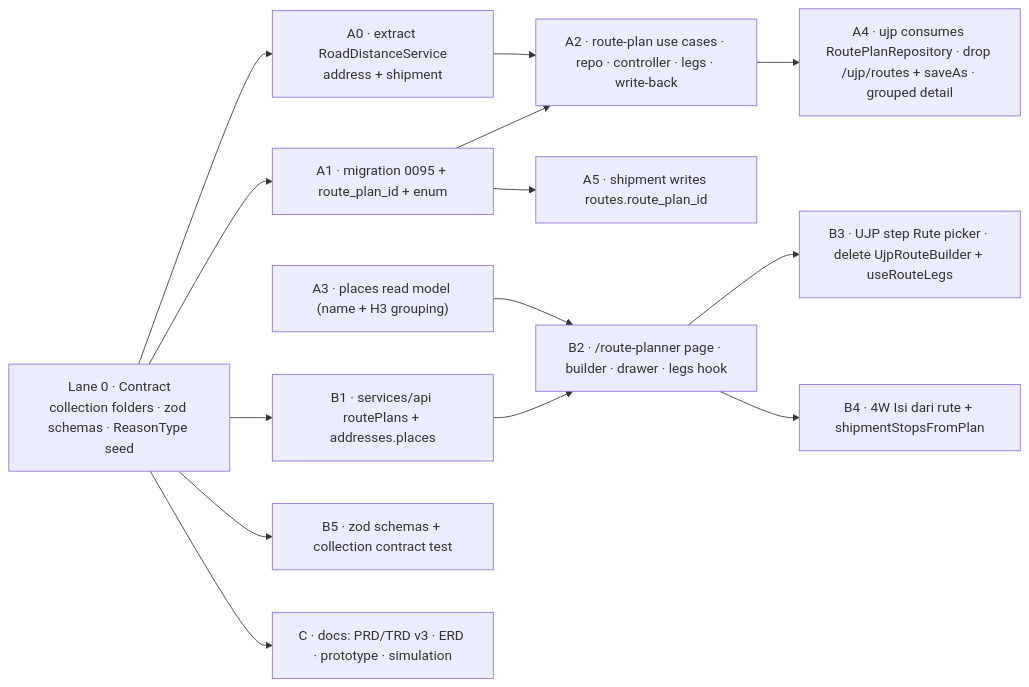
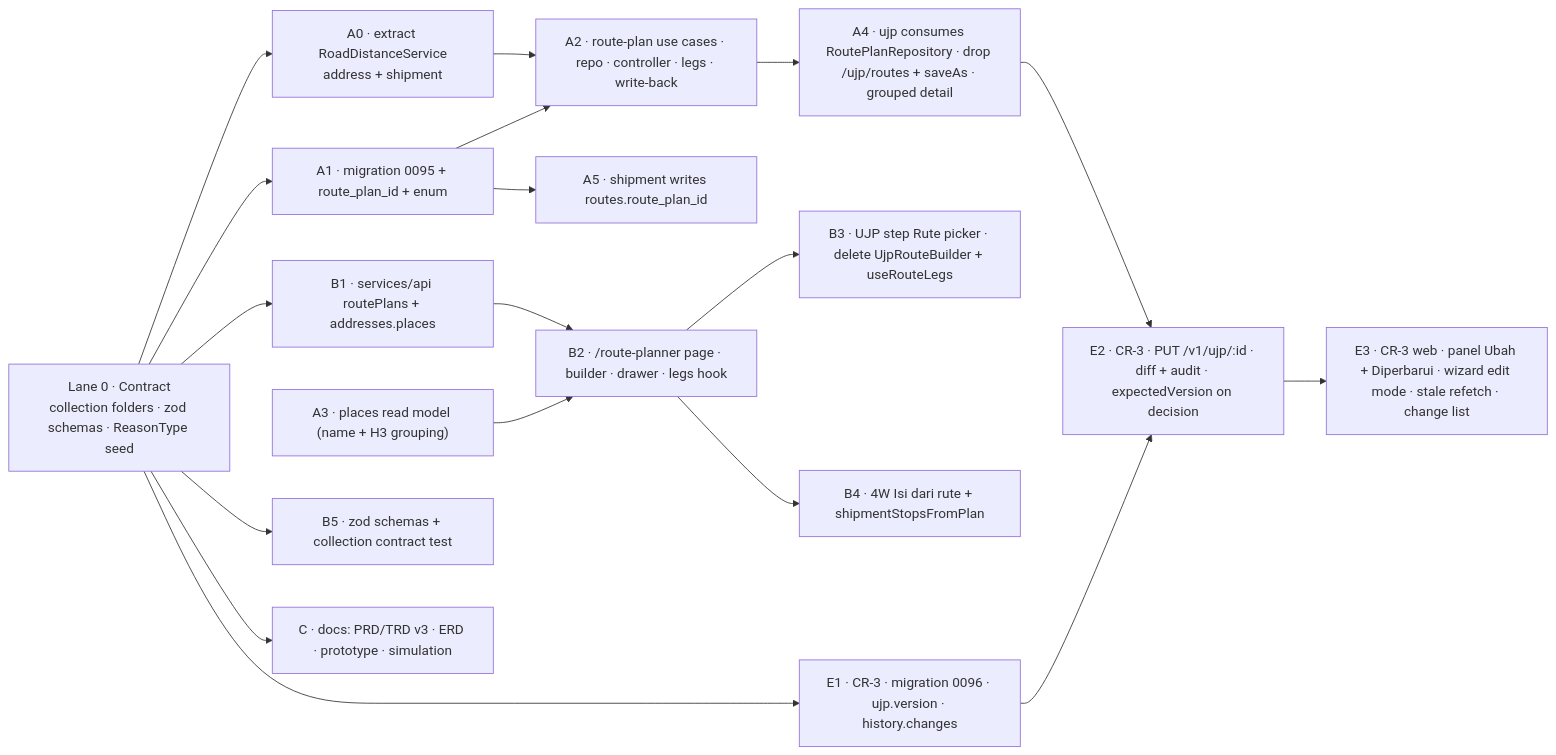
The tenth of 10 diagrams in docs/modules/ujp/ujp-trd-v3.md (dash-electric/logistic-knowledge-vault), drawn with Mermaid before and after one commit. The commit also changed other lines of this file and 2 other files, not shown here.

First line of the commit message:
docs(ujp): CR-3 — requester edits a UJP while Menunggu or Ditolak (PRD/TRD v3 in place, ERD)

````diff
--- a/docs/modules/ujp/ujp-trd-v3.md
+++ b/docs/modules/ujp/ujp-trd-v3.md
@@ -757,22 +833,27 @@
 ```mermaid
 flowchart LR
   L0["Lane 0 · Contract<br/>collection folders · zod schemas · ReasonType seed"] --> A0
   L0 --> A1
   L0 --> B1
   A0["A0 · extract RoadDistanceService<br/>address + shipment"] --> A2
   A1["A1 · migration 0095 + route_plan_id + enum"] --> A2
   A1 --> A5
   A2["A2 · route-plan use cases · repo · controller · legs · write-back"] --> A4
   A3["A3 · places read model (name + H3 grouping)"] --> B2
   A4["A4 · ujp consumes RoutePlanRepository · drop /ujp/routes + saveAs · grouped detail"]
   A5["A5 · shipment writes routes.route_plan_id"]
   B1["B1 · services/api routePlans + addresses.places"] --> B2
   B2["B2 · /route-planner page · builder · drawer · legs hook"] --> B3
   B2 --> B4
   B3["B3 · UJP step Rute picker · delete UjpRouteBuilder + useRouteLegs"]
   B4["B4 · 4W Isi dari rute + shipmentStopsFromPlan"]
   B5["B5 · zod schemas + collection contract test"]
   C["C · docs: PRD/TRD v3 · ERD · prototype · simulation"]
   L0 --> B5
   L0 --> C
+  L0 --> E1
+  E1["E1 · CR-3 · migration 0096 · ujp.version · history.changes"] --> E2
+  E2["E2 · CR-3 · PUT /v1/ujp/:id · diff + audit · expectedVersion on decision"] --> E3
+  A4 --> E2
+  E3["E3 · CR-3 web · panel Ubah + Diperbarui · wizard edit mode · stale refetch · change list"]
 ```
````
